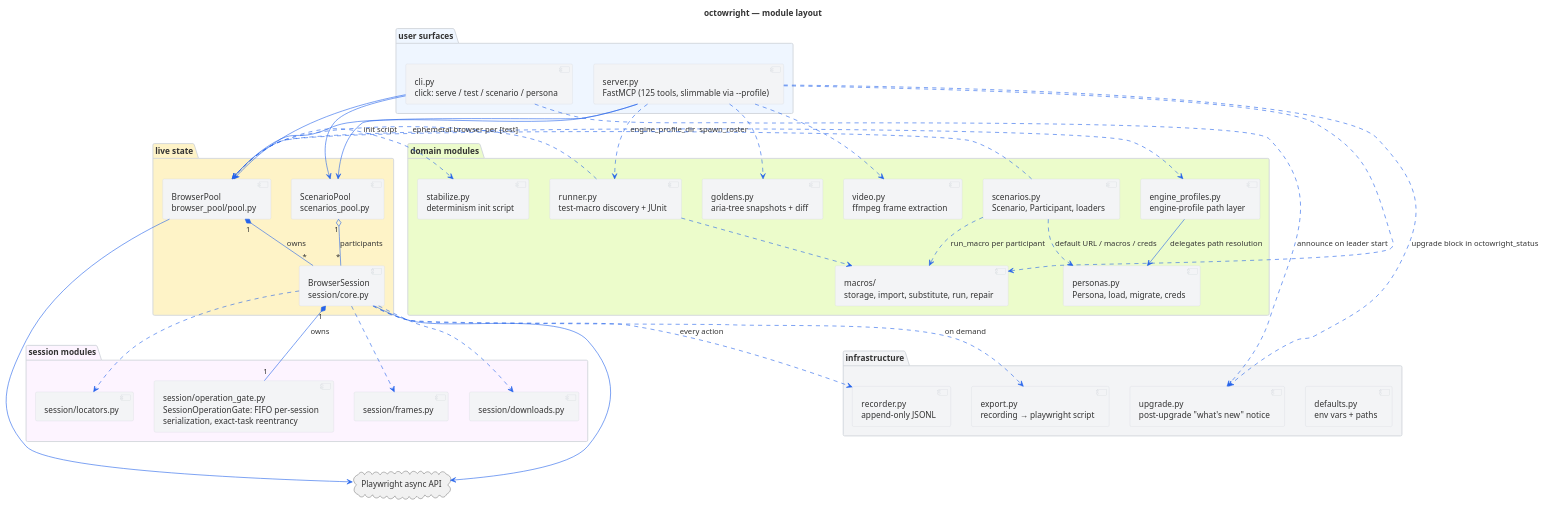
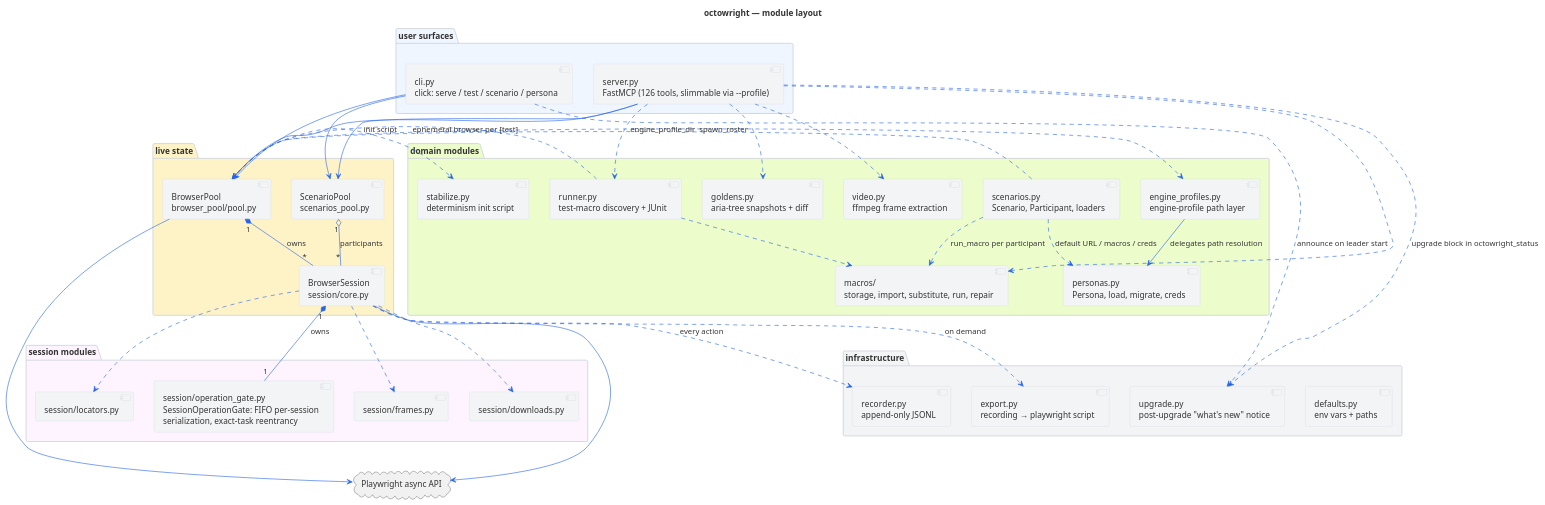
One commit to livingstaccato/octowright changed the diagram in docs/architecture/component.puml. Above: the diagram before and after it, drawn with PlantUML. The commit also changed 8 other files, not shown here.

```diff
--- a/docs/architecture/component.puml
+++ b/docs/architecture/component.puml
@@ -5,106 +5,106 @@
 @startuml component
 title octowright — module layout
 
 skinparam backgroundColor #ffffff
 skinparam defaultFontColor #333333
 skinparam componentBorderColor #d1d5db
 skinparam componentBackgroundColor #f3f4f6
 skinparam packageBorderColor #d1d5db
 skinparam packageBackgroundColor #ffffff
 skinparam arrowColor #2563eb
 skinparam noteBorderColor #d1d5db
 skinparam noteBackgroundColor #f9fafb
 
 ' Force top-to-bottom layering so user surfaces sit above live state
 ' above session modules above the Playwright SDK boundary. This stops
 ' the Playwright cloud from being placed off to a side, which used to
 ' force session→PW and pool→PW arrows to cross multiple layers.
 top to bottom direction
 
 package "user surfaces" #eff6ff {
-  [server.py\nFastMCP (125 tools, slimmable via --profile)] as SERVER
+  [server.py\nFastMCP (126 tools, slimmable via --profile)] as SERVER
   [cli.py\nclick: serve / test / scenario / persona] as CLI
 }
 
 package "live state" #fef3c7 {
   [BrowserPool\nbrowser_pool/pool.py] as POOL
   [BrowserSession\nsession/core.py] as SESSION
   [ScenarioPool\nscenarios_pool.py] as SPOOL
 }
 
 package "domain modules" #ecfccb {
   [personas.py\nPersona, load, migrate, creds] as PERSONAS
   [engine_profiles.py\nengine-profile path layer] as ENGPROF
   [scenarios.py\nScenario, Participant, loaders] as SCENARIOS
   [macros/\nstorage, import, substitute, run, repair] as MACROS
   [runner.py\ntest-macro discovery + JUnit] as RUNNER
   [goldens.py\naria-tree snapshots + diff] as GOLDENS
   [video.py\nffmpeg frame extraction] as VIDEO
   [stabilize.py\ndeterminism init script] as STABILIZE
 }
 
 package "session modules" #fdf4ff {
   [session/operation_gate.py\nSessionOperationGate: FIFO per-session\nserialization, exact-task reentrancy] as GATE
   [session/frames.py] as SF
   [session/downloads.py] as SD
   [session/locators.py] as SL
 }
 
 package "infrastructure" #f3f4f6 {
   [defaults.py\nenv vars + paths] as DEFAULTS
   [recorder.py\nappend-only JSONL] as RECORDER
   [export.py\nrecording → playwright script] as EXPORT
   [upgrade.py\npost-upgrade "what's new" notice] as UPGRADE
 }
 
 ' Playwright sits below everything that talks to it; only BrowserSession
 ' and BrowserPool drive it, so the arrows stay vertical and short.
 cloud "Playwright async API" as PW
 
 ' ── user surfaces drive live state ──
 CLI --> POOL
 CLI --> SPOOL
 SERVER --> POOL
 SERVER --> SPOOL
 
 ' ── live state composition ──
 POOL "1" *-- "*" SESSION : owns
 SPOOL "1" o-- "*" SESSION : participants
 SESSION "1" *-- "1" GATE : owns
 SESSION ..> SF
 SESSION ..> SD
 SESSION ..> SL
 
 ' ── domain dependencies ──
 POOL ..> ENGPROF : engine_profile_dir
 POOL ..> STABILIZE : init script
 SCENARIOS ..> PERSONAS : default URL / macros / creds
 SCENARIOS ..> MACROS : run_macro per participant
 SCENARIOS ..> POOL : spawn_roster
 RUNNER ..> MACROS
 RUNNER ..> POOL : ephemeral browser per [test]
 SERVER ..> RUNNER
 SERVER ..> GOLDENS
 SERVER ..> VIDEO
 SERVER ..> MACROS
 SERVER ..> UPGRADE : upgrade block in octowright_status
 CLI ..> UPGRADE : announce on leader start
 
 ' ── artifacts ──
 SESSION ..> RECORDER : every action
 SESSION ..> EXPORT : on demand
 ENGPROF --> PERSONAS : delegates path resolution
 
 ' ── playwright (kept vertical by top-to-bottom direction) ──
 SESSION --> PW
 POOL --> PW
 
 ' Anchor PW below session modules / infrastructure so the SESSION→PW
 ' and POOL→PW arrows stay short and vertical instead of crossing the
 ' whole diagram diagonally. Without these hints PlantUML places PW
 ' wherever Graphviz feels like, usually bottom-left.
 SF -[hidden]down-> PW
 SD -[hidden]down-> PW
 SL -[hidden]down-> PW
 
 @enduml
```
